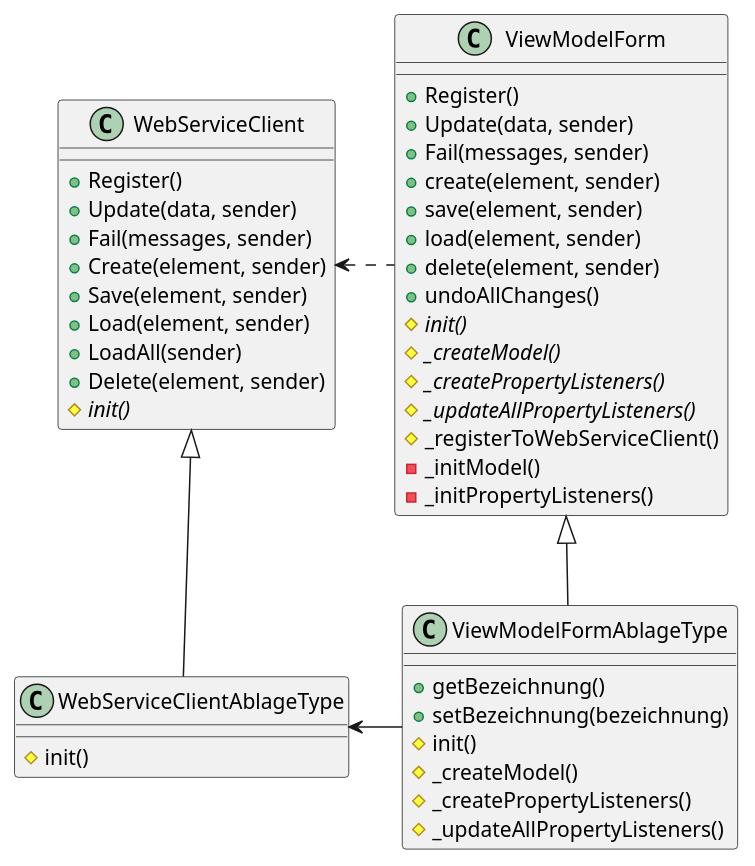
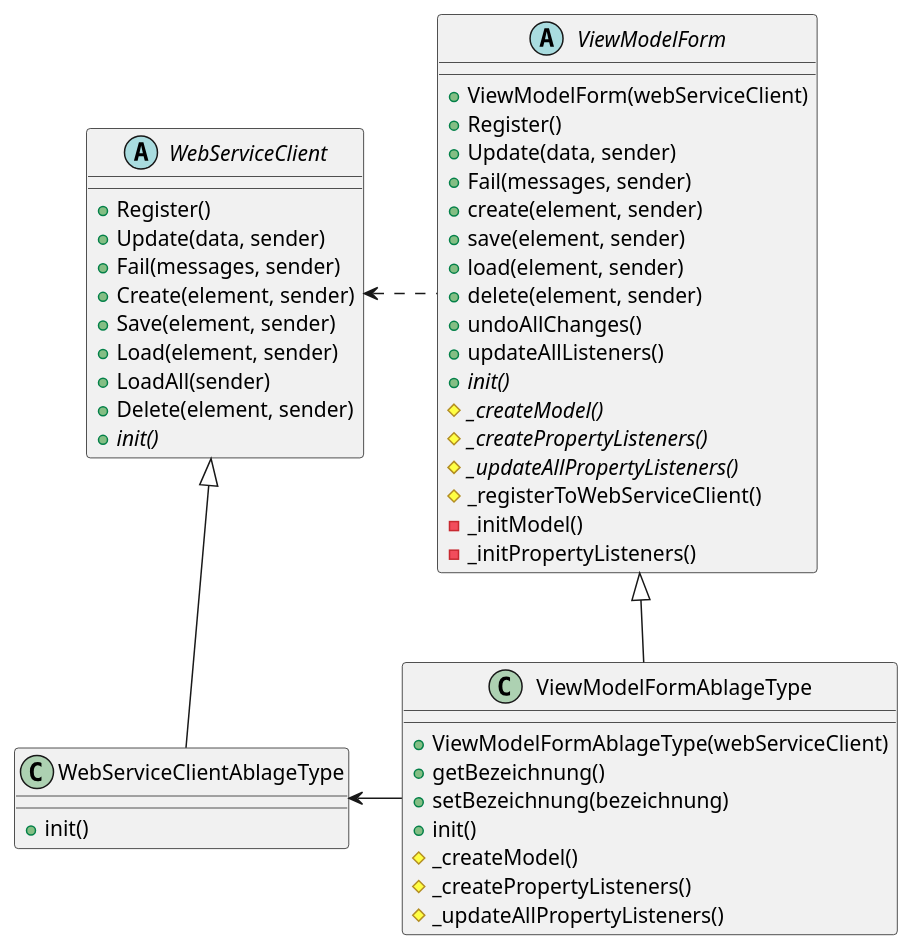
Before and after one commit to robertgruening/munins-archiv: the diagram in doc/Beobachter.plantuml, drawn with PlantUML.

Commit message:
Korrektur des Beobachtermusterbeispieldiagramms

```diff
--- a/doc/Beobachter.plantuml
+++ b/doc/Beobachter.plantuml
@@ -1,50 +1,53 @@
 @startuml
 
-class WebServiceClient {
+abstract class WebServiceClient {
 +Register()
 +Update(data, sender)
 +Fail(messages, sender)
 +Create(element, sender)
 +Save(element, sender)
 +Load(element, sender)
 +LoadAll(sender)
 +Delete(element, sender)
-#{abstract}init()
++{abstract}init()
 }
 class WebServiceClientAblageType {
-#init()
++init()
 }
 
-class ViewModelForm {
+abstract class ViewModelForm {
++ViewModelForm(webServiceClient)
 +Register()
 +Update(data, sender)
 +Fail(messages, sender)
 +create(element, sender)
 +save(element, sender)
 +load(element, sender)
 +delete(element, sender)
 +undoAllChanges()
-#{abstract}init()
++updateAllListeners()
++{abstract}init()
 #{abstract}_createModel()
 #{abstract}_createPropertyListeners()
 #{abstract}_updateAllPropertyListeners()
 #_registerToWebServiceClient()
 -_initModel()
 -_initPropertyListeners()
 }
 class ViewModelFormAblageType {
++ViewModelFormAblageType(webServiceClient)
 +getBezeichnung()
 +setBezeichnung(bezeichnung)
-#init()
++init()
 #_createModel()
 #_createPropertyListeners()
 #_updateAllPropertyListeners()
 }
 
 WebServiceClient <|-- WebServiceClientAblageType
 ViewModelForm <|-- ViewModelFormAblageType
 
 WebServiceClient <. ViewModelForm
 WebServiceClientAblageType <- ViewModelFormAblageType
 
 @enduml
```
